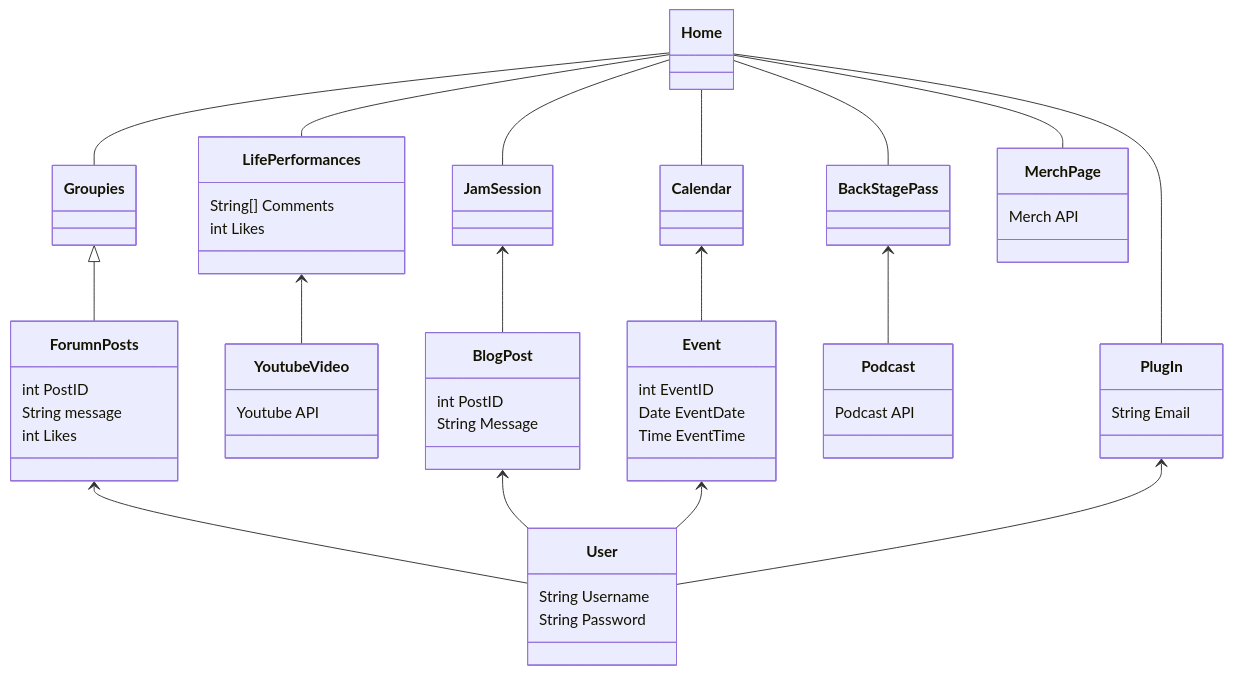
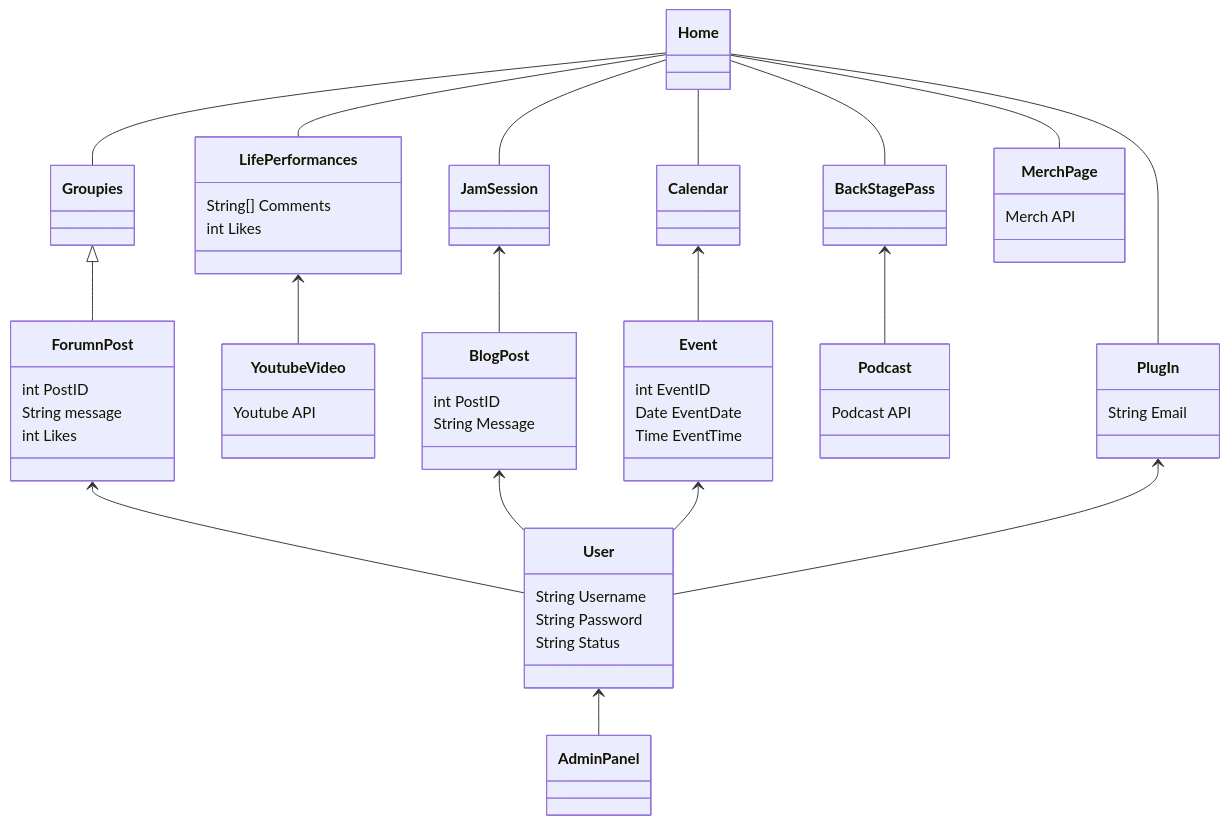
Before and after one commit to JClark-32/Live-to-Rock: the diagram in Discovery/DomainModel.md, drawn with Mermaid.

````diff
--- a/Discovery/DomainModel.md
+++ b/Discovery/DomainModel.md
@@ -1,49 +1,54 @@
 ```mermaid
 classDiagram
   Home
   Home -- LifePerformances
   Home -- Groupies
   Home -- JamSession
   Home -- BackStagePass
   Home -- Calendar
   Home -- MerchPage
   Home -- PlugIn
 
   LifePerformances 
   LifePerformances <-- Youtube Video
   Youtube Video : Youtube API
   LifePerformances : String[] Comments
   LifePerformances : int Likes
 
-  Groupies <|-- Forumn Posts
-  Forumn Posts : int PostID
-  Forumn Posts : String message
-  Forumn Posts <-- User
-  Forumn Posts : int Likes
+  Groupies <|-- ForumnPost
+  ForumnPost : int PostID
+  ForumnPost : String message
+  ForumnPost <-- User
+  ForumnPost : int Likes
 
   JamSession
   JamSession <-- BlogPost
 
   BlogPost : int PostID
   BlogPost : String Message
   BlogPost <-- User
 
   BackStagePass <-- Podcast
   Podcast : Podcast API
 
   Calendar <-- Event
 
   Event : int EventID
   Event : Date EventDate
   Event : Time EventTime
 
   Event <-- User
 
   MerchPage : Merch API
 
   PlugIn : String Email
   PlugIn <-- User
 
   User: String Username
   User: String Password
+  User: String Status
+
+  User <-- Admin Panel
+  AdminPanel
+  AdminPanel
 ```
````
